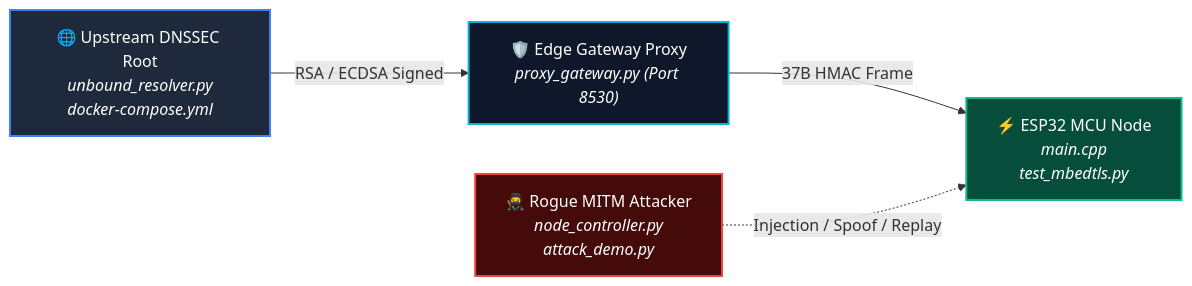
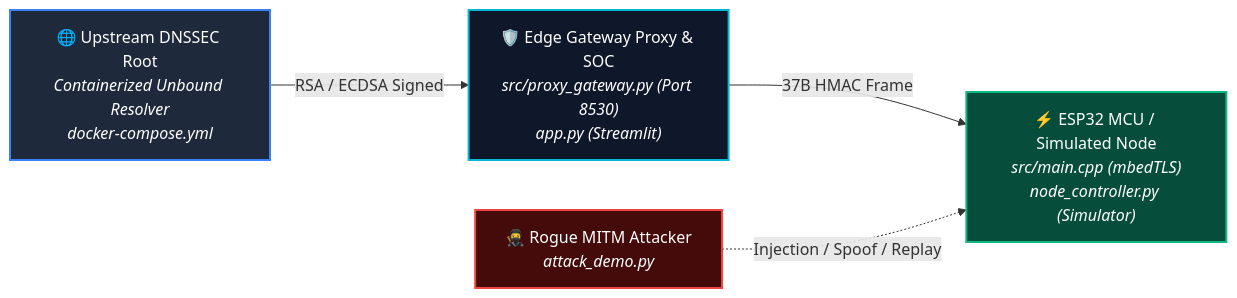
The diagram in README.md (aiori-hackathon/A3-PS004-TC093), drawn with Mermaid before and after one commit.

````diff
--- a/README.md
+++ b/README.md
@@ -11,12 +11,12 @@
 ```mermaid
 flowchart LR
-    A["🌐 Upstream DNSSEC Root<br/><i>unbound_resolver.py</i><br/><i>docker-compose.yml</i>"] -- "RSA / ECDSA Signed" --> B["🛡️ Edge Gateway Proxy<br/><i>proxy_gateway.py (Port 8530)</i>"]
-    B -- "37B HMAC Frame" --> C["⚡ ESP32 MCU Node<br/><i>main.cpp</i><br/><i>test_mbedtls.py</i>"]
+    A["🌐 Upstream DNSSEC Root<br/><i>Containerized Unbound Resolver</i><br/><i>docker-compose.yml</i>"] -- "RSA / ECDSA Signed" --> B["🛡️ Edge Gateway Proxy & SOC<br/><i>src/proxy_gateway.py (Port 8530)</i><br/><i>app.py (Streamlit)</i>"]
+    B -- "37B HMAC Frame" --> C["⚡ ESP32 MCU / Simulated Node<br/><i>src/main.cpp (mbedTLS)</i><br/><i>node_controller.py (Simulator)</i>"]
     
-    D["🥷 Rogue MITM Attacker<br/><i>node_controller.py</i><br/><i>attack_demo.py</i>"] -. "Injection / Spoof / Replay" .-> C
+    D["🥷 Rogue MITM Attacker<br/><i>attack_demo.py</i>"] -. "Injection / Spoof / Replay" .-> C
 
     style A fill:#1e293b,stroke:#3b82f6,stroke-width:2px,color:#fff
     style B fill:#0f172a,stroke:#06b6d4,stroke-width:2px,color:#fff
     style C fill:#064e3b,stroke:#10b981,stroke-width:2px,color:#fff
     style D fill:#450a0a,stroke:#ef4444,stroke-width:2px,color:#fff
 ```
````
